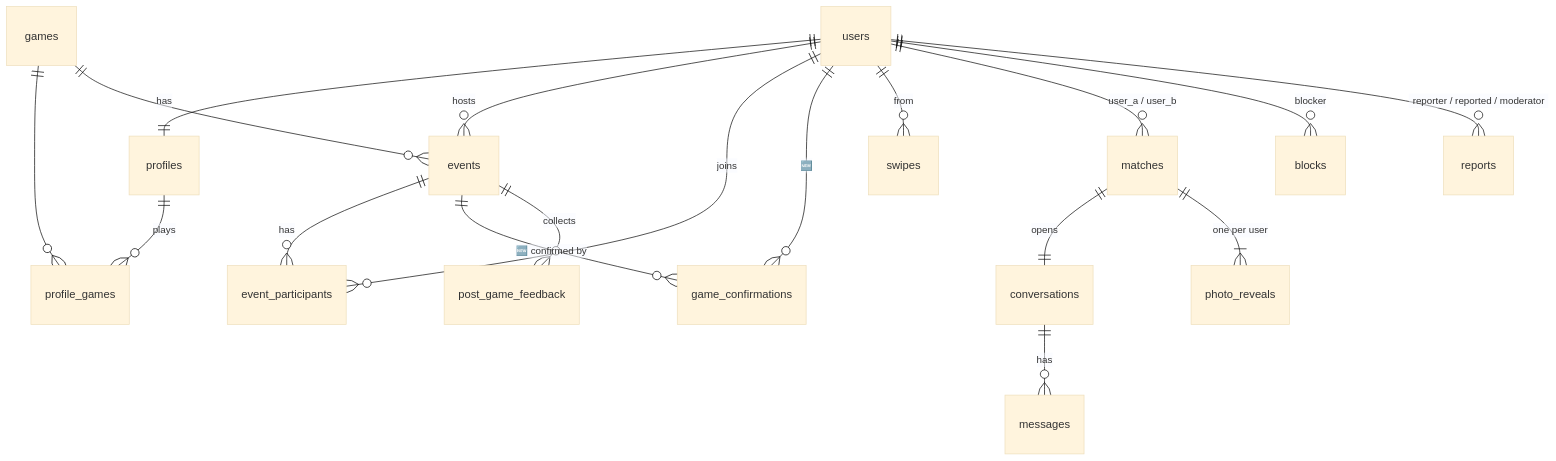
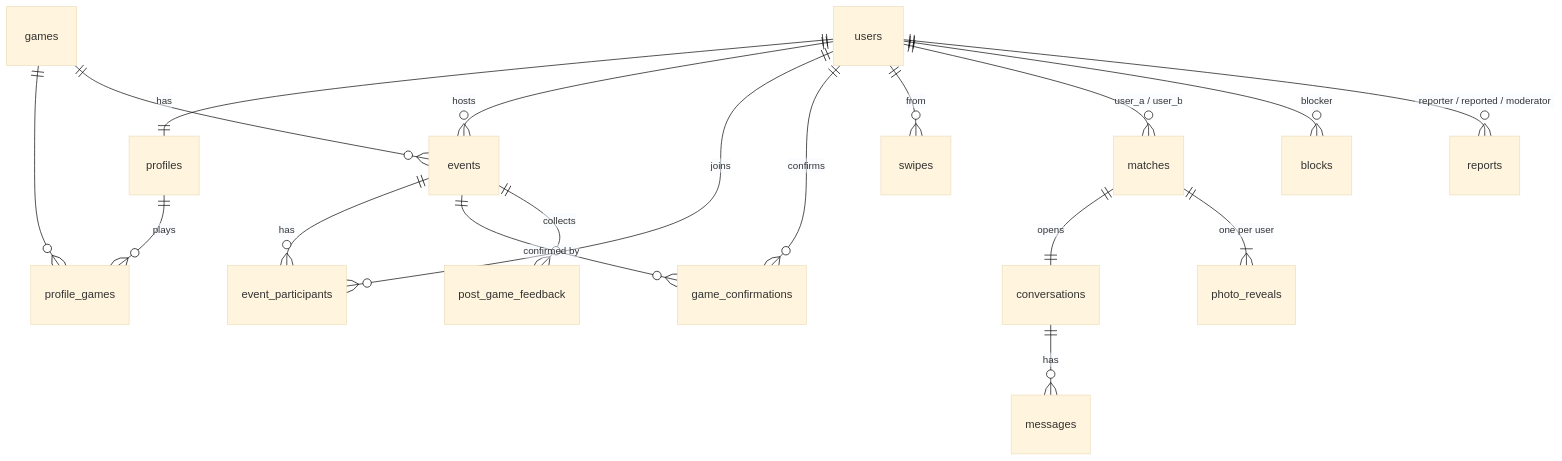
One commit to Nujabesuuu/Team_14 changed the diagram in docs/contracts/data-schema.md. Above: the diagram before and after it, drawn with Mermaid (base theme). The commit also changed other lines of this file and 53 other files, not shown here.

````diff
--- a/docs/contracts/data-schema.md
+++ b/docs/contracts/data-schema.md
@@ -22,20 +22,20 @@
 ```mermaid
 erDiagram
   users ||--|| profiles : has
   profiles ||--o{ profile_games : plays
   games ||--o{ profile_games : ""
   users ||--o{ events : hosts
   games ||--o{ events : ""
   events ||--o{ event_participants : has
   users ||--o{ event_participants : joins
-  events ||--o{ game_confirmations : "🆕 confirmed by"
-  users ||--o{ game_confirmations : "🆕"
+  events ||--o{ game_confirmations : "confirmed by"
+  users ||--o{ game_confirmations : "confirms"
   events ||--o{ post_game_feedback : collects
   users ||--o{ swipes : from
   users ||--o{ matches : "user_a / user_b"
   matches ||--|| conversations : opens
   matches ||--|{ photo_reveals : "one per user"
   conversations ||--o{ messages : has
   users ||--o{ blocks : blocker
   users ||--o{ reports : "reporter / reported / moderator"
 ```
````
